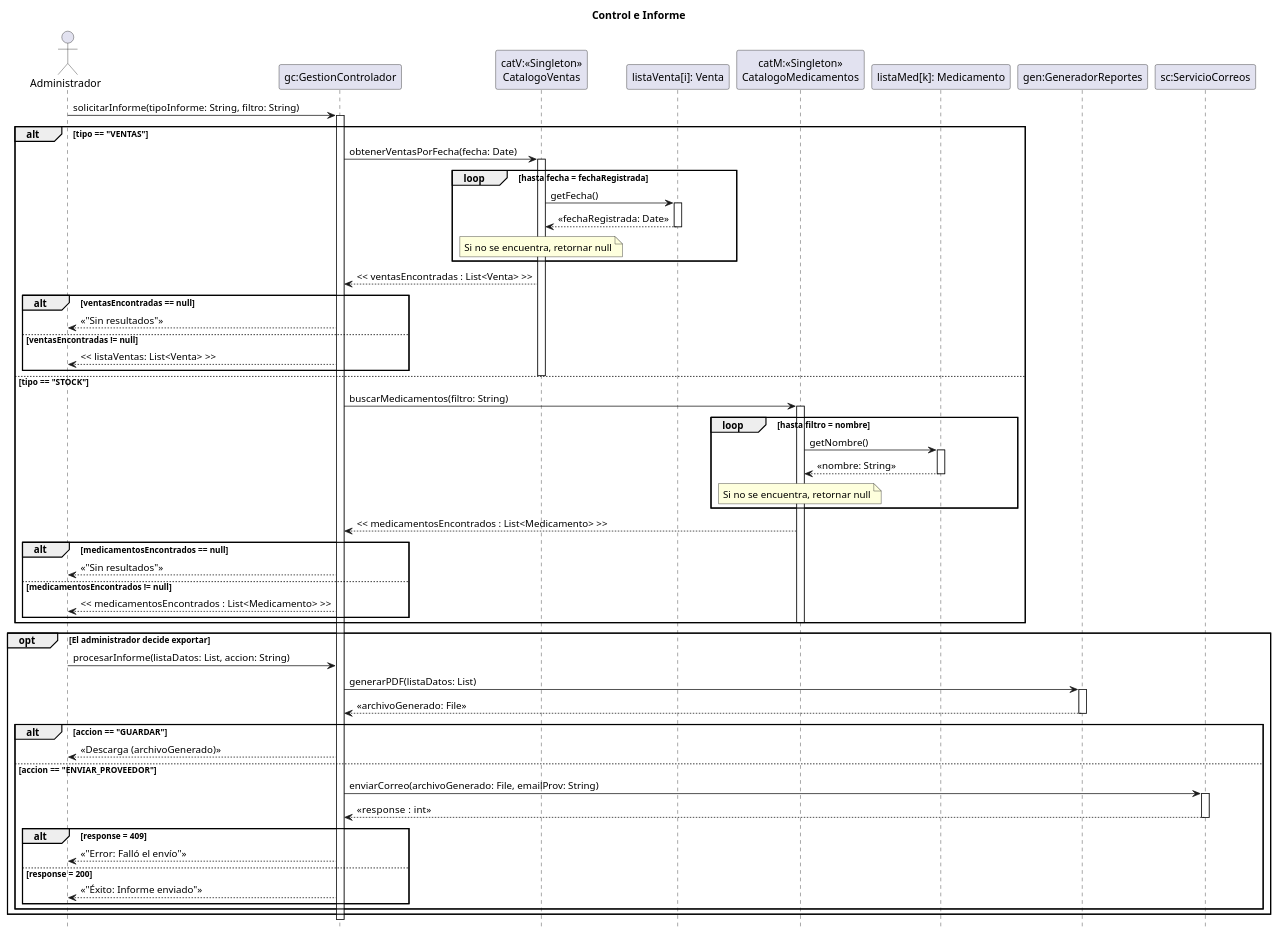
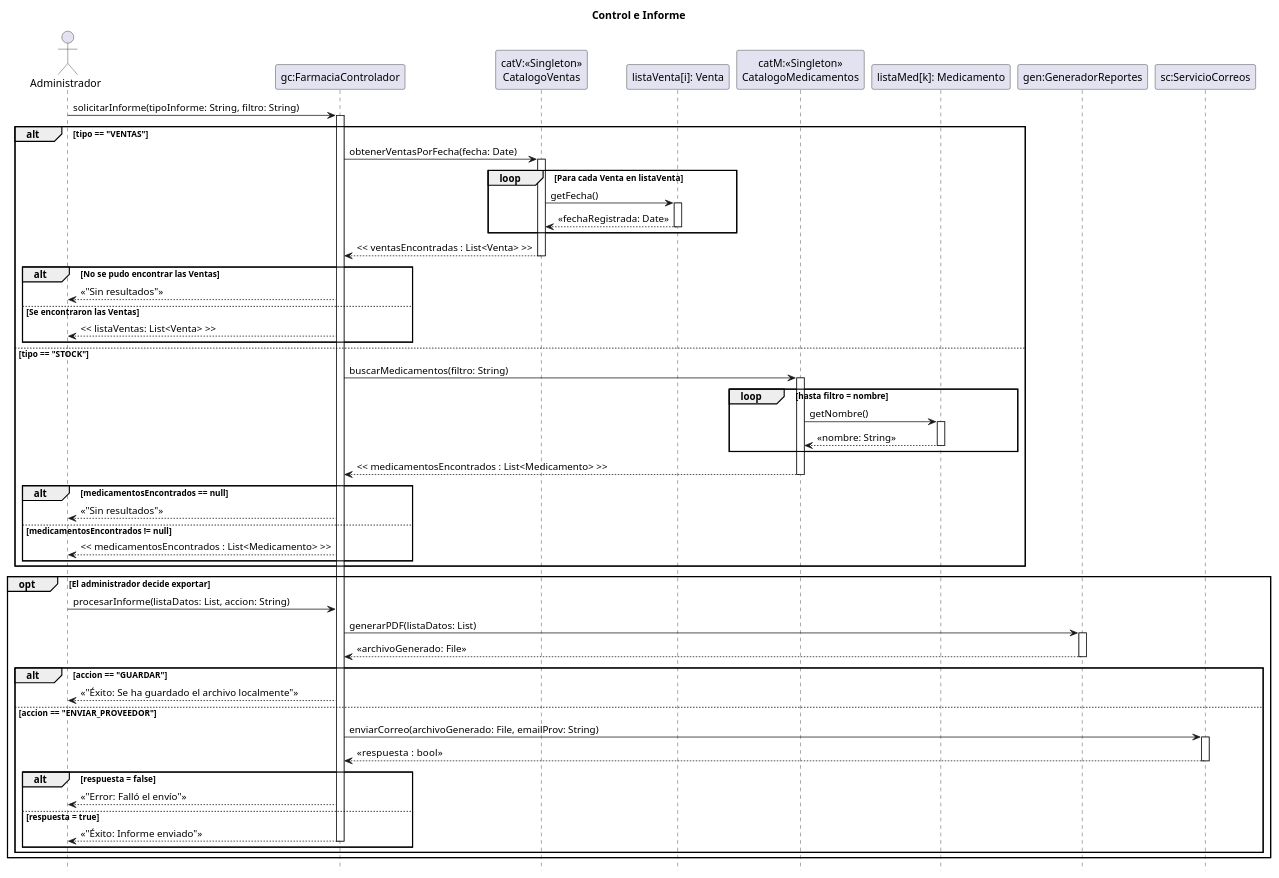
Before and after one commit to zEzequR/PF-I: the diagram in 08 - Diagramas de Secuencia de Diseño/Control e Informe/ControlEinforme.puml, drawn with PlantUML. The commit also changed 40 other files, not shown here.

```diff
--- a/08 - Diagramas de Secuencia de Diseño/Control e Informe/ControlEinforme.puml
+++ b/08 - Diagramas de Secuencia de Diseño/Control e Informe/ControlEinforme.puml
@@ -1,86 +1,84 @@
 @startuml
 title Control e Informe
 
 hide footbox
 
 actor "Administrador" as admin
-participant "gc:GestionControlador" as ctrl
+participant "gc:FarmaciaControlador" as ctrl
 participant "catV:<<Singleton>>\nCatalogoVentas" as cat_ventas
 participant "listaVenta[i]: Venta" as venta 
 participant "catM:<<Singleton>>\nCatalogoMedicamentos" as cat_med
 participant "listaMed[k]: Medicamento" as med
 participant "gen:GeneradorReportes" as gen
 participant "sc:ServicioCorreos" as srv_mail
 
 admin -> ctrl : solicitarInforme(tipoInforme: String, filtro: String)
 activate ctrl
 
 alt tipo == "VENTAS"
     ctrl -> cat_ventas : obtenerVentasPorFecha(fecha: Date)
     activate cat_ventas
     
-    loop hasta fecha = fechaRegistrada
+    loop Para cada Venta en listaVenta
         cat_ventas -> venta : getFecha()
         activate venta
         venta --> cat_ventas : << fechaRegistrada: Date >>
         deactivate venta
-        note over of cat_ventas: Si no se encuentra, retornar null
     end
     cat_ventas --> ctrl : << ventasEncontradas : List<Venta> >>
-    alt ventasEncontradas == null
+    deactivate cat_ventas
+    alt No se pudo encontrar las Ventas
         ctrl --> admin : << "Sin resultados" >>
-    else ventasEncontradas != null
+    else Se encontraron las Ventas
         ctrl --> admin : << listaVentas: List<Venta> >>
     end
-    deactivate cat_ventas
 
 else tipo == "STOCK"
     ctrl -> cat_med : buscarMedicamentos(filtro: String)
     activate cat_med
     
     loop hasta filtro = nombre
         cat_med -> med : getNombre()
         activate med
         med --> cat_med : << nombre: String >>
         deactivate med
-        note over of cat_med: Si no se encuentra, retornar null
     end
 
     cat_med --> ctrl : << medicamentosEncontrados : List<Medicamento> >>
+    deactivate cat_med
 
     alt medicamentosEncontrados == null
         ctrl --> admin : << "Sin resultados" >>
     else medicamentosEncontrados != null
         ctrl --> admin : << medicamentosEncontrados : List<Medicamento> >>
     end
-    deactivate cat_med
 end
 
 opt El administrador decide exportar
     admin -> ctrl : procesarInforme(listaDatos: List, accion: String)
 
     ctrl -> gen : generarPDF(listaDatos: List)
     activate gen
     gen --> ctrl : << archivoGenerado: File >>
     deactivate gen
 
     alt accion == "GUARDAR"
-        ctrl --> admin : << Descarga (archivoGenerado) >>
+        ctrl --> admin : << "Éxito: Se ha guardado el archivo localmente">>
         
     else accion == "ENVIAR_PROVEEDOR"
         ctrl -> srv_mail : enviarCorreo(archivoGenerado: File, emailProv: String)
         activate srv_mail
-        srv_mail --> ctrl : << response :  int >>
+        srv_mail --> ctrl : << respuesta :  bool >>
         deactivate srv_mail
         
-        alt response = 409
+        alt respuesta = false
             ctrl --> admin : << "Error: Falló el envío" >>
-        else response = 200
+        else respuesta = true
             ctrl --> admin : << "Éxito: Informe enviado" >>
+            deactivate ctrl
         end
         
     end
 end
 
-deactivate ctrl
 @enduml
```
